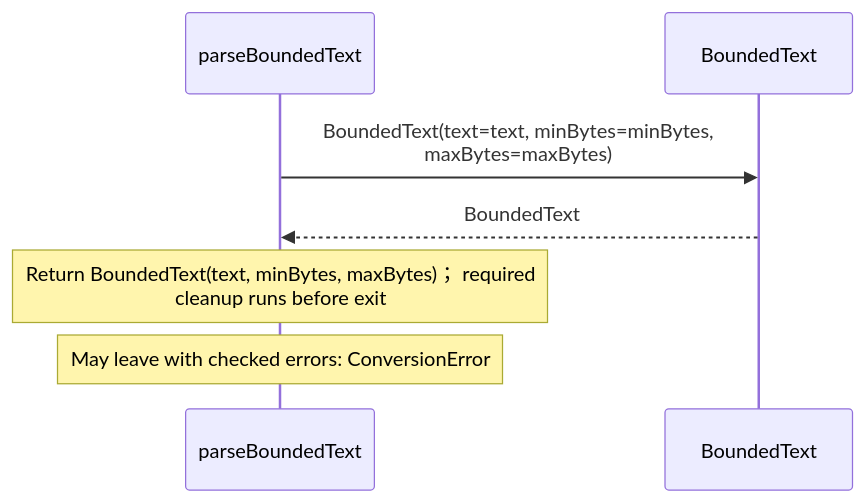
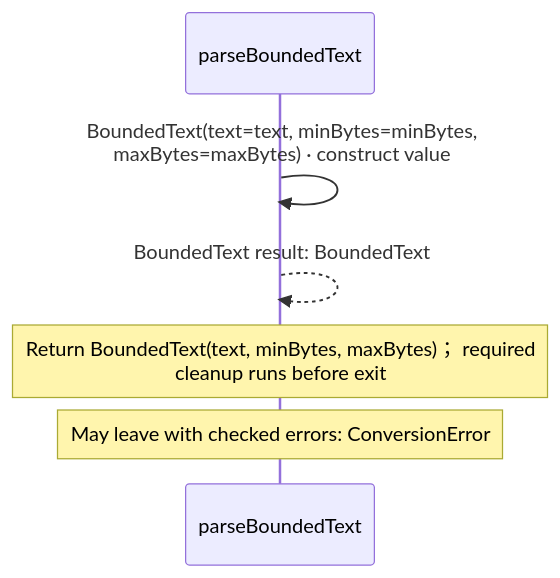
One commit to GreenPandaStudios/augscript changed the fourth of 4 diagrams in src/stdlib/values/text.aug.diagrams.md. Above: the diagram before and after it, drawn with Mermaid. The commit also changed other lines of this file and 304 other files, not shown here.

Commit message:
Make generated data-flow sequences concise and review every diagram

````diff
--- a/src/stdlib/values/text.aug.diagrams.md
+++ b/src/stdlib/values/text.aug.diagrams.md
@@ -104,9 +93,9 @@
 ```mermaid
 sequenceDiagram
     participant p0 as parseBoundedText
-    participant p1 as BoundedText
-    p0->>p1: BoundedText(text=text, minBytes=minBytes,<br/>maxBytes=maxBytes)
-    p1-->>p0: BoundedText
+
+    p0->>p0: BoundedText(text=text, minBytes=minBytes,<br/>maxBytes=maxBytes) · construct value
+    p0-->>p0: BoundedText result: BoundedText
     Note over p0: Return BoundedText(text, minBytes, maxBytes)； required<br/>cleanup runs before exit
     Note over p0: May leave with checked errors: ConversionError
 ```
````
